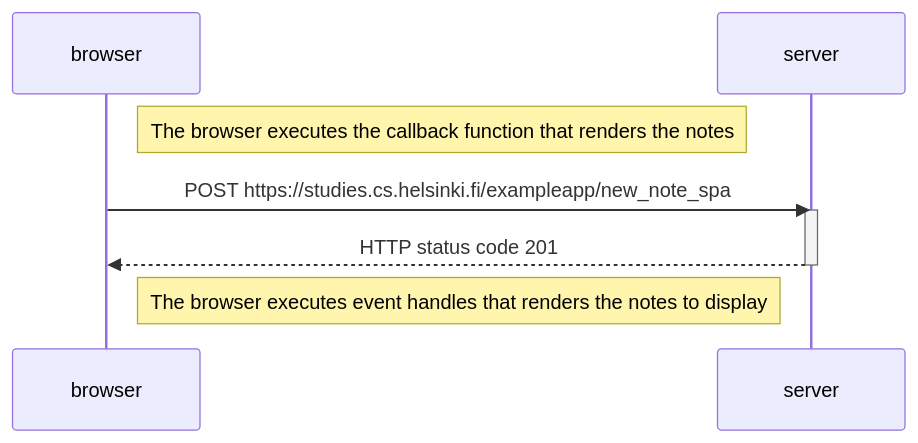
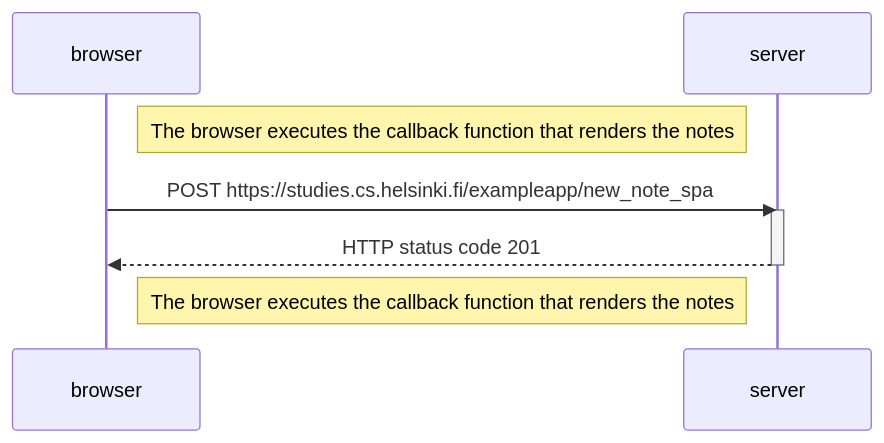
The diagram in part0/assignment0.6.md (antondamlin/full-stack-open-2023), drawn with Mermaid before and after one commit.

Commit message:
Assignement 0.4-0.6

````diff
--- a/part0/assignment0.6.md
+++ b/part0/assignment0.6.md
@@ -3,14 +3,14 @@
 ```mermaid
 sequenceDiagram
     participant browser
     participant server
 
     Note right of browser: The browser executes the callback function that renders the notes
     browser->>server: POST https://studies.cs.helsinki.fi/exampleapp/new_note_spa
     activate server
     server-->>browser: HTTP status code 201
     deactivate server
     
-    Note right of browser: The browser executes event handles that renders the notes to display
+    Note right of browser: The browser executes the callback function that renders the notes
 
 ```
````
